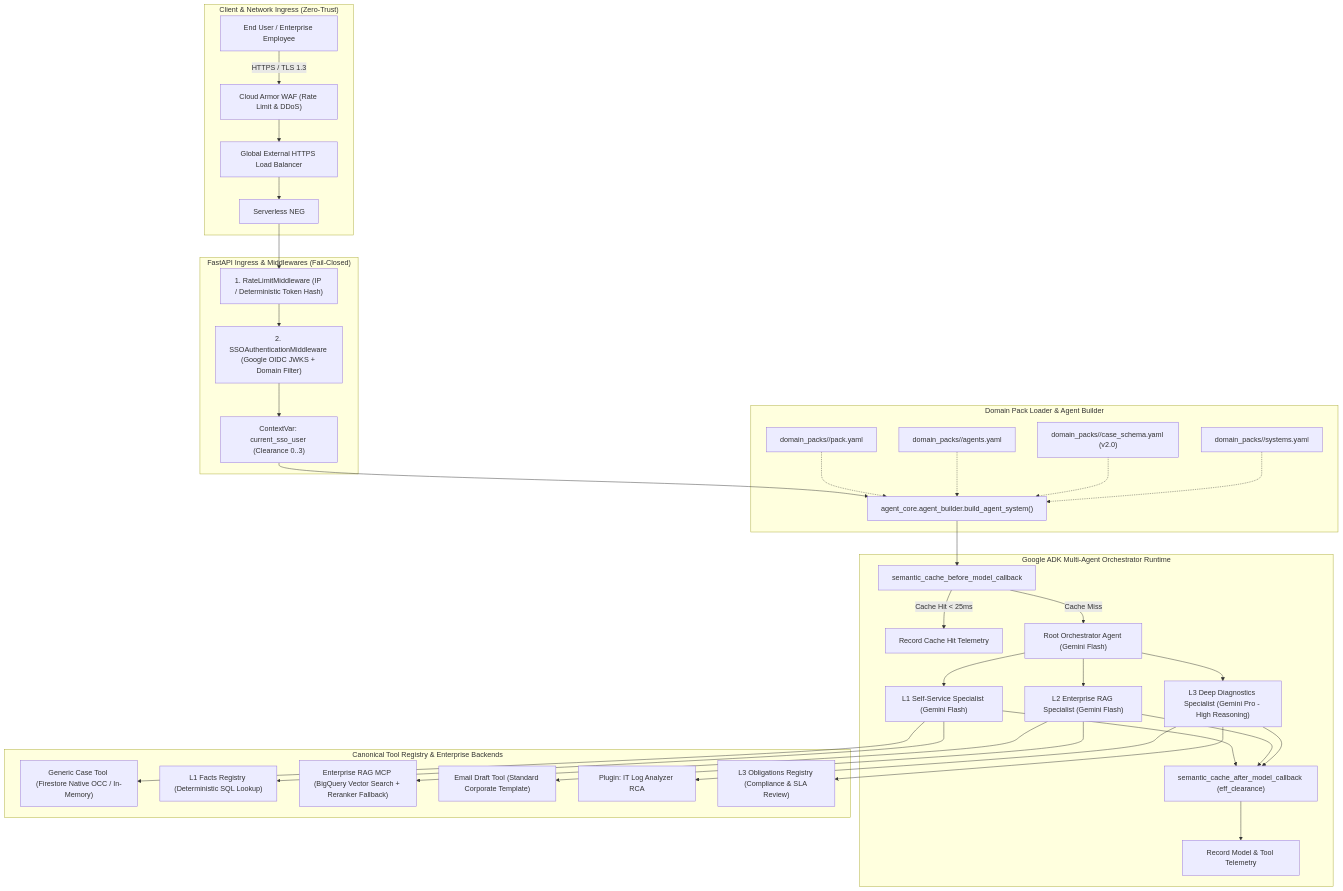
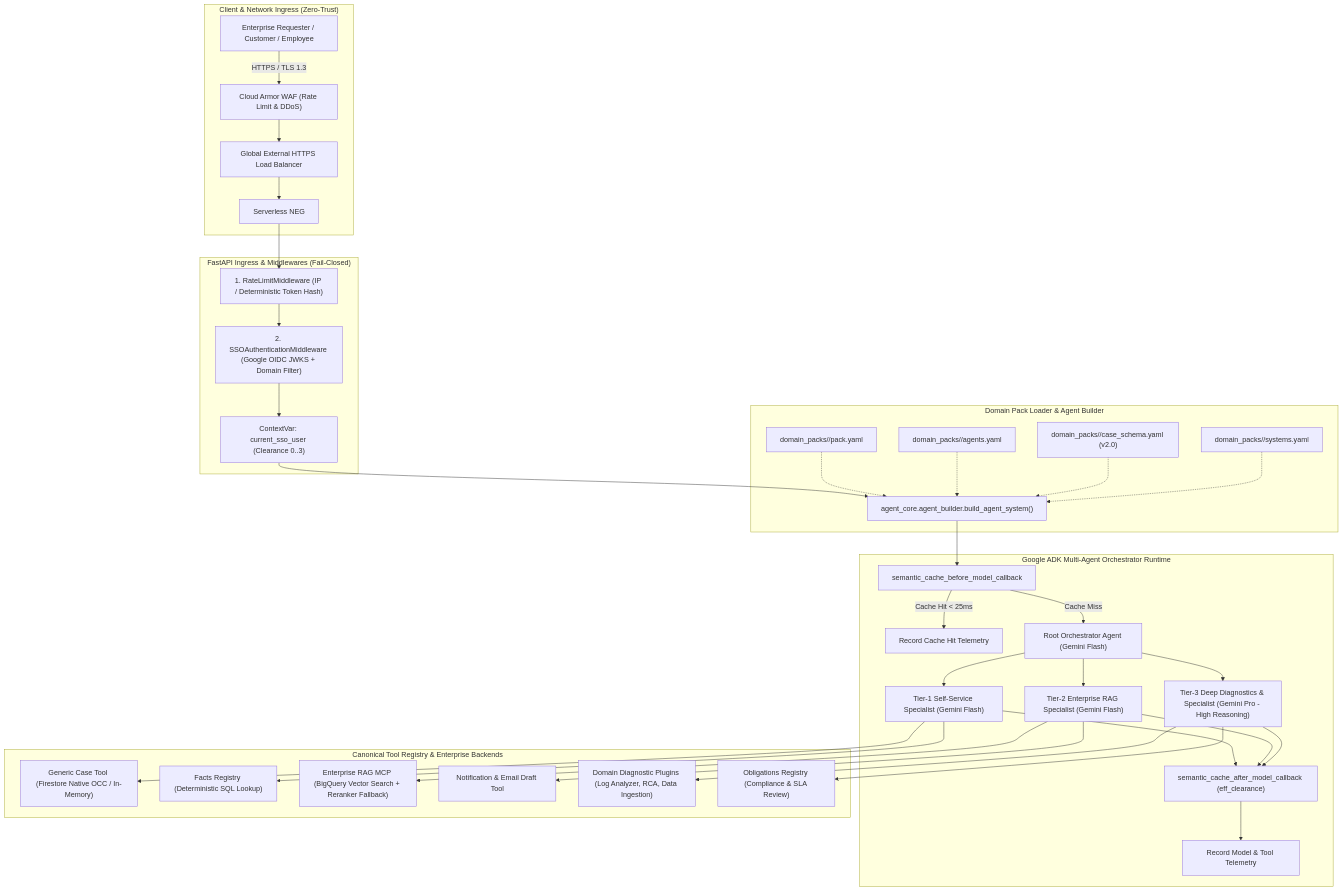
One commit to TrongDucLuu/enterprise-multi-agent-platform changed the first of 2 diagrams in Technical_Specification.md. Above: the diagram before and after it, drawn with Mermaid. The commit also changed other lines of this file and 3 other files, not shown here.

First line of the commit message:
docs: generalize all technical, srs and devops docs from IT Helpdesk to Enterprise Multi-Agent Platform

````diff
--- a/Technical_Specification.md
+++ b/Technical_Specification.md
@@ -45,46 +53,46 @@
 ```mermaid
 flowchart TD
     subgraph ClientLayer ["Client & Network Ingress (Zero-Trust)"]
-        User["End User / Enterprise Employee"] -->|HTTPS / TLS 1.3| CloudArmor["Cloud Armor WAF (Rate Limit & DDoS)"]
+        User["Enterprise Requester / Customer / Employee"] -->|HTTPS / TLS 1.3| CloudArmor["Cloud Armor WAF (Rate Limit & DDoS)"]
         CloudArmor --> ExtLB["Global External HTTPS Load Balancer"]
         ExtLB --> ServerlessNEG["Serverless NEG"]
     end
 
     subgraph MiddlewareLayer ["FastAPI Ingress & Middlewares (Fail-Closed)"]
         ServerlessNEG --> RateLimitMW["1. RateLimitMiddleware (IP / Deterministic Token Hash)"]
         RateLimitMW --> SSOMW["2. SSOAuthenticationMiddleware (Google OIDC JWKS + Domain Filter)"]
         SSOMW --> ContextVar["ContextVar: current_sso_user (Clearance 0..3)"]
     end
 
     subgraph DomainResolution ["Domain Pack Loader & Agent Builder"]
         ContextVar --> Builder["agent_core.agent_builder.build_agent_system()"]
         YAML_Pack["domain_packs/<pack_id>/pack.yaml"] -.-> Builder
         YAML_Agents["domain_packs/<pack_id>/agents.yaml"] -.-> Builder
         YAML_Schema["domain_packs/<pack_id>/case_schema.yaml (v2.0)"] -.-> Builder
         YAML_Systems["domain_packs/<pack_id>/systems.yaml"] -.-> Builder
     end
 
     subgraph AgentRuntime ["Google ADK Multi-Agent Orchestrator Runtime"]
         Builder --> BeforeCB["semantic_cache_before_model_callback"]
         BeforeCB -->|Cache Hit < 25ms| TelemetryCache["Record Cache Hit Telemetry"]
         BeforeCB -->|Cache Miss| RootAgent["Root Orchestrator Agent (Gemini Flash)"]
         
-        RootAgent --> Sub1["L1 Self-Service Specialist (Gemini Flash)"]
-        RootAgent --> Sub2["L2 Enterprise RAG Specialist (Gemini Flash)"]
-        RootAgent --> Sub3["L3 Deep Diagnostics Specialist (Gemini Pro - High Reasoning)"]
+        RootAgent --> Sub1["Tier-1 Self-Service Specialist (Gemini Flash)"]
+        RootAgent --> Sub2["Tier-2 Enterprise RAG Specialist (Gemini Flash)"]
+        RootAgent --> Sub3["Tier-3 Deep Diagnostics & Specialist (Gemini Pro - High Reasoning)"]
         
         Sub1 --> AfterCB["semantic_cache_after_model_callback (eff_clearance)"]
         Sub2 --> AfterCB
         Sub3 --> AfterCB
         AfterCB --> TelemetryModel["Record Model & Tool Telemetry"]
     end
 
     subgraph ToolRegistryBackends ["Canonical Tool Registry & Enterprise Backends"]
         Sub1 --> CaseTool["Generic Case Tool (Firestore Native OCC / In-Memory)"]
-        Sub1 --> FactTool["L1 Facts Registry (Deterministic SQL Lookup)"]
+        Sub1 --> FactTool["Facts Registry (Deterministic SQL Lookup)"]
         Sub2 --> RAG_MCP["Enterprise RAG MCP (BigQuery Vector Search + Reranker Fallback)"]
-        Sub2 --> EmailTool["Email Draft Tool (Standard Corporate Template)"]
-        Sub3 --> PluginLog["Plugin: IT Log Analyzer RCA"]
-        Sub3 --> ObligationTool["L3 Obligations Registry (Compliance & SLA Review)"]
+        Sub2 --> EmailTool["Notification & Email Draft Tool"]
+        Sub3 --> PluginLog["Domain Diagnostic Plugins (Log Analyzer, RCA, Data Ingestion)"]
+        Sub3 --> ObligationTool["Obligations Registry (Compliance & SLA Review)"]
     end
 ```
````
